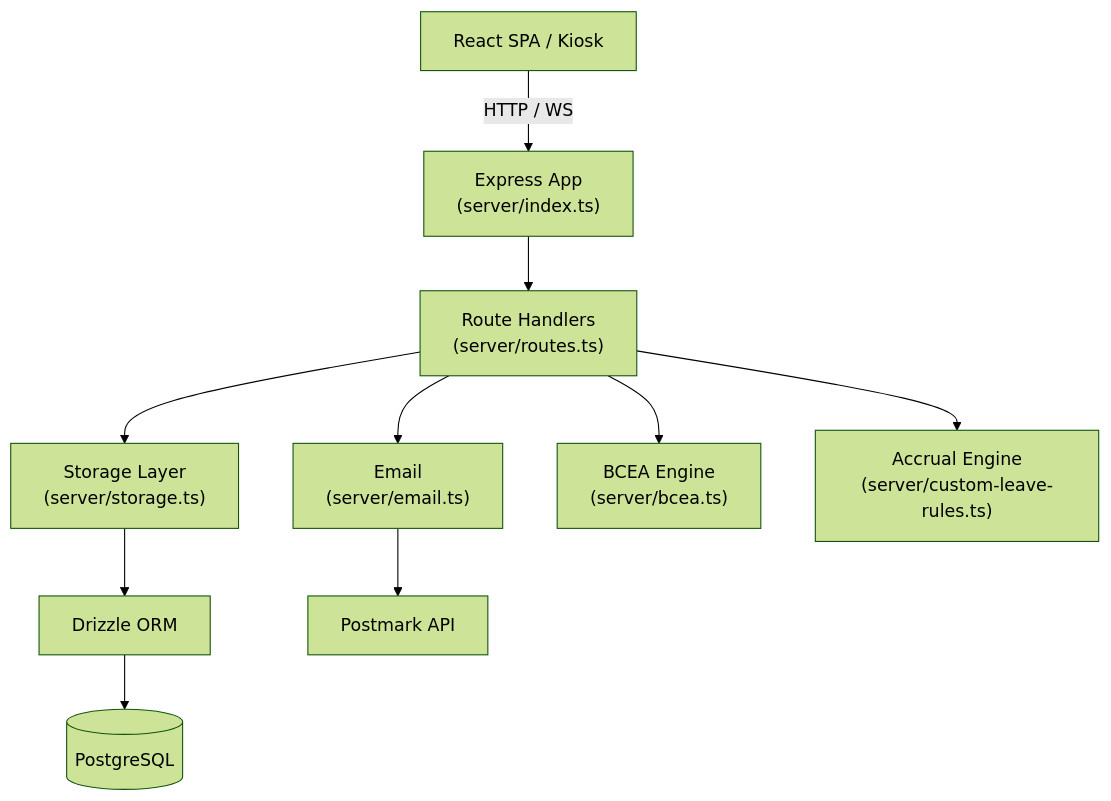
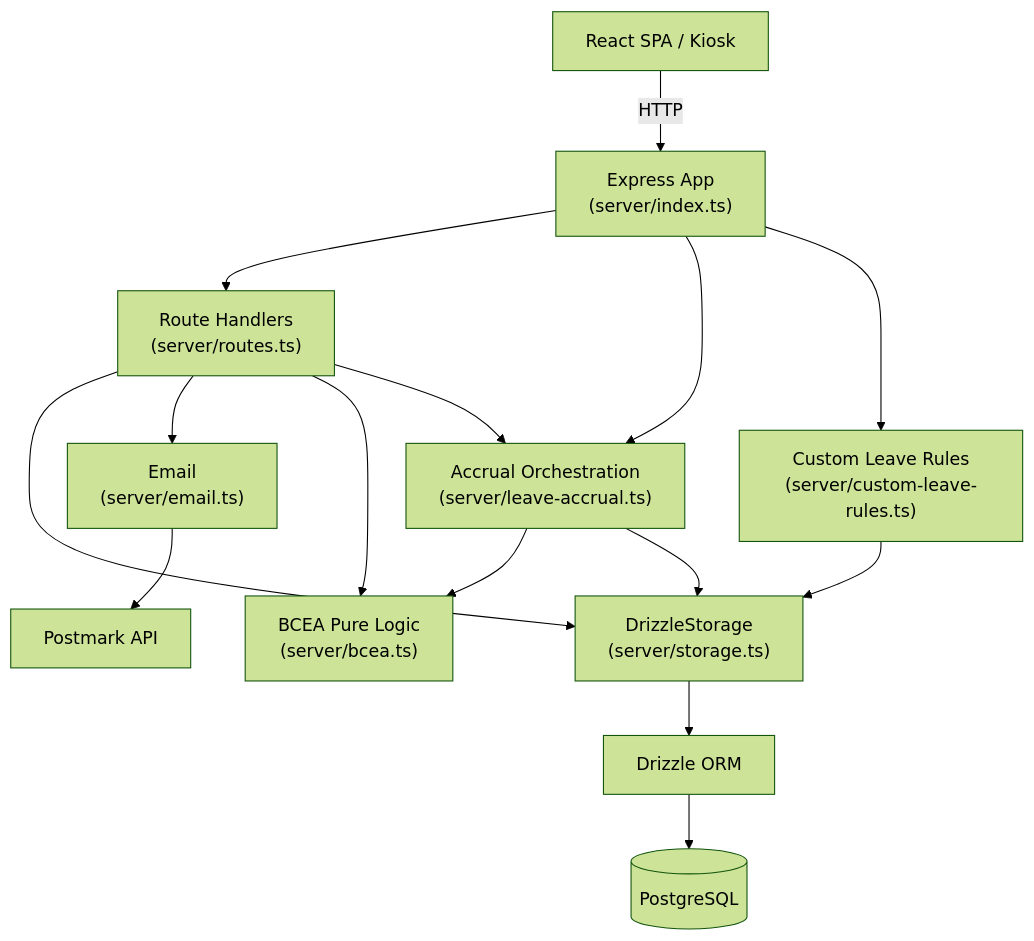
Before and after one commit to stopdoingnothing/Factory-Flow: the diagram in docs/sad/02-backend-architecture.md, drawn with Mermaid (forest theme). The commit also changed other lines of this file and 17 other files, not shown here.

````diff
--- a/docs/sad/02-backend-architecture.md
+++ b/docs/sad/02-backend-architecture.md
@@ -11,23 +11,29 @@
 ```mermaid
 graph TD
     Client["React SPA / Kiosk"]
     Express["Express App\n(server/index.ts)"]
     Routes["Route Handlers\n(server/routes.ts)"]
-    Storage["Storage Layer\n(server/storage.ts)"]
+    Storage["DrizzleStorage\n(server/storage.ts)"]
     Drizzle["Drizzle ORM"]
     Postgres[("PostgreSQL")]
     Email["Email\n(server/email.ts)"]
     Postmark["Postmark API"]
-    BCEA["BCEA Engine\n(server/bcea.ts)"]
-    Accrual["Accrual Engine\n(server/custom-leave-rules.ts)"]
+    BCEA["BCEA Pure Logic\n(server/bcea.ts)"]
+    LeaveAccrual["Accrual Orchestration\n(server/leave-accrual.ts)"]
+    CustomRules["Custom Leave Rules\n(server/custom-leave-rules.ts)"]
 
-    Client -->|"HTTP / WS"| Express
+    Client -->|"HTTP"| Express
     Express --> Routes
     Routes --> Storage
     Routes --> Email
     Routes --> BCEA
-    Routes --> Accrual
+    Routes --> LeaveAccrual
+    Express --> LeaveAccrual
+    Express --> CustomRules
+    LeaveAccrual --> BCEA
+    LeaveAccrual --> Storage
+    CustomRules --> Storage
     Storage --> Drizzle
     Drizzle --> Postgres
     Email --> Postmark
 ```
````
